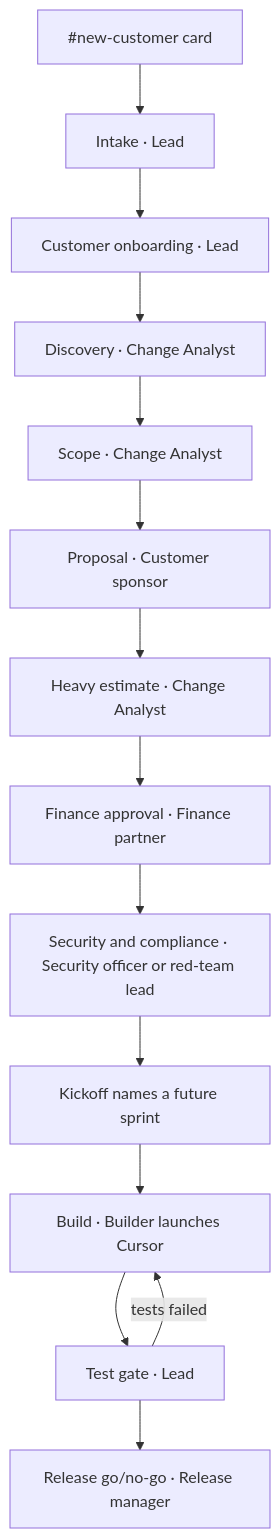
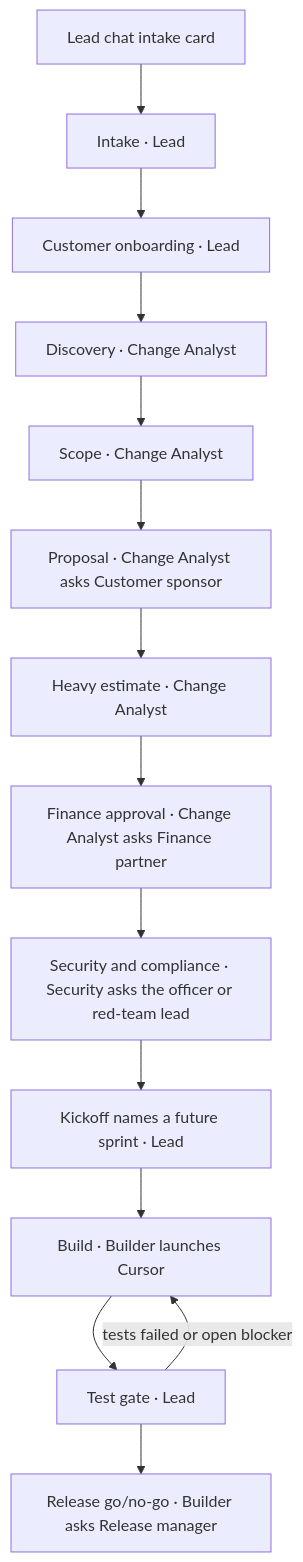
The second of 2 diagrams in docs/sdlc/overview.md (vishamathur/mvp-releasedesk), drawn with Mermaid before and after one commit. The commit also changed other lines of this file and 85 other files, not shown here.

````diff
--- a/docs/sdlc/overview.md
+++ b/docs/sdlc/overview.md
@@ -34,16 +35,16 @@
 ```mermaid
 flowchart TD
-  intakeCard["#new-customer card"] --> intake["Intake · Lead"]
+  intakeCard["Lead chat intake card"] --> intake["Intake · Lead"]
   intake --> onboard["Customer onboarding · Lead"]
   onboard --> discovery["Discovery · Change Analyst"]
   discovery --> scope["Scope · Change Analyst"]
-  scope --> proposal["Proposal · Customer sponsor"]
+  scope --> proposal["Proposal · Change Analyst asks Customer sponsor"]
   proposal --> estimate["Heavy estimate · Change Analyst"]
-  estimate --> finance["Finance approval · Finance partner"]
-  finance --> security["Security and compliance · Security officer or red-team lead"]
-  security --> kickoff["Kickoff names a future sprint"]
+  estimate --> finance["Finance approval · Change Analyst asks Finance partner"]
+  finance --> security["Security and compliance · Security asks the officer or red-team lead"]
+  security --> kickoff["Kickoff names a future sprint · Lead"]
   kickoff --> build["Build · Builder launches Cursor"]
   build --> testGate["Test gate · Lead"]
-  testGate --> release["Release go/no-go · Release manager"]
-  testGate -->|tests failed| build
+  testGate --> release["Release go/no-go · Builder asks Release manager"]
+  testGate -->|tests failed or open blocker| build
 ```
````
